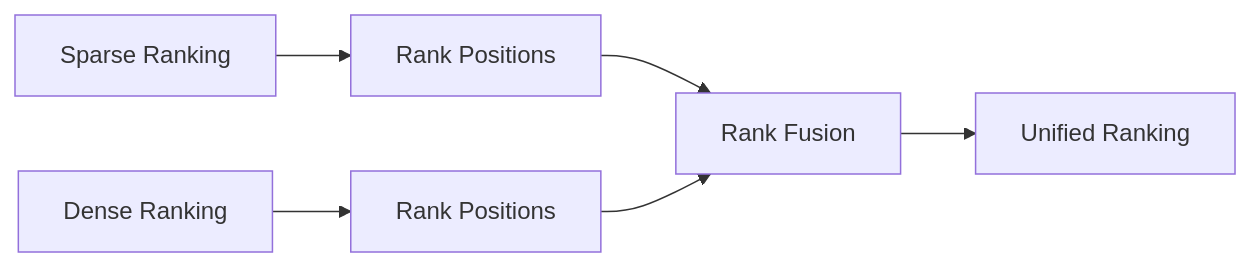
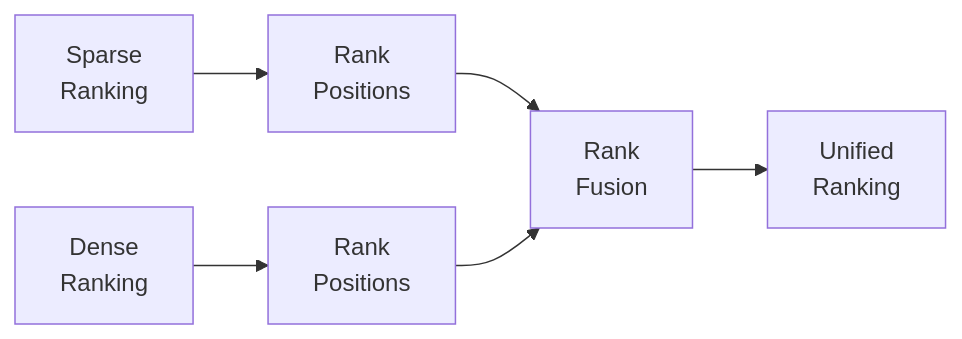
One commit to MihirKJha/enterprise-ai-blog changed the seventh of 14 diagrams in docs/architecture-insights/genai-and-rag/3.4_engineering_hybrid_retrieval_sparse_dense.md. Above: the diagram before and after it, drawn with Mermaid. The commit also changed other lines of this file, not shown here.

First line of the commit message:
Updated 3.5_architecting_multi_stage_retrieval_from_recall_to_precision.md

````diff
--- a/docs/architecture-insights/genai-and-rag/3.4_engineering_hybrid_retrieval_sparse_dense.md
+++ b/docs/architecture-insights/genai-and-rag/3.4_engineering_hybrid_retrieval_sparse_dense.md
@@ -229,8 +229,8 @@
 ```mermaid
 graph LR
-    S[Sparse Ranking] --> R1[Rank Positions]
-    D[Dense Ranking] --> R2[Rank Positions]
-    R1 --> F[Rank Fusion]
+    S[Sparse<br/>Ranking] --> R1[Rank<br/>Positions]
+    D[Dense<br/>Ranking] --> R2[Rank<br/>Positions]
+    R1 --> F[Rank<br/>Fusion]
     R2 --> F
-    F --> R[Unified Ranking]
+    F --> R[Unified<br/>Ranking]
 ```
````
